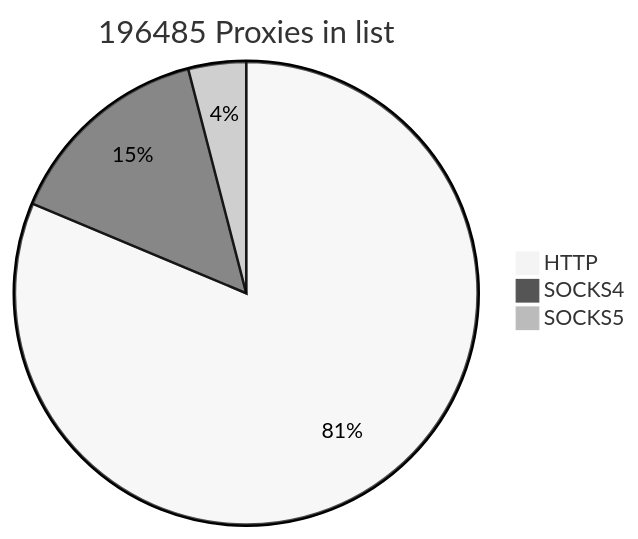
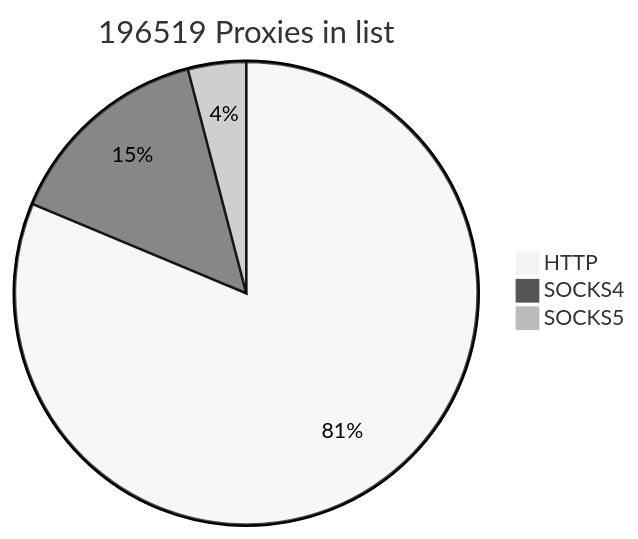
One commit to cutipu/proxylist changed the first of 2 diagrams in README.md. Above: the diagram before and after it, drawn with Mermaid (neutral theme). The commit also changed other lines of this file, not shown here.

````diff
--- a/README.md
+++ b/README.md
@@ -2,7 +2,7 @@
 ```mermaid
-pie title 196485 Proxies in list
-    "HTTP" : 159786
-    "SOCKS4" : 28776
-    "SOCKS5" : 7923
+pie title 196519 Proxies in list
+    "HTTP" : 159771
+    "SOCKS4" : 28773
+    "SOCKS5" : 7975
             
 ```
````
